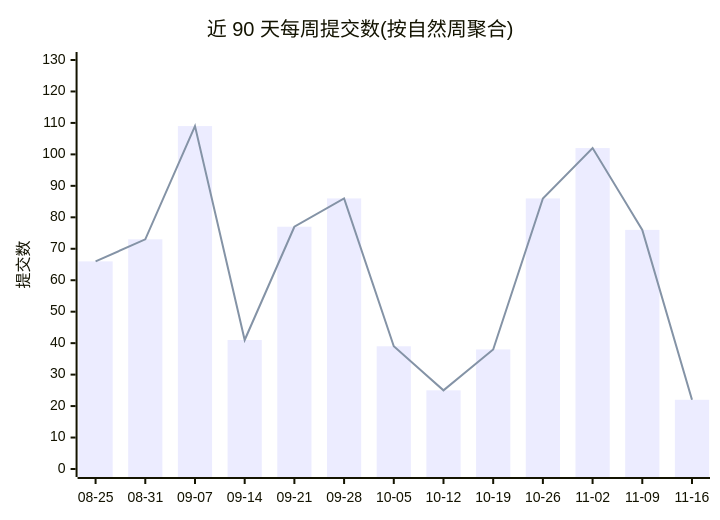
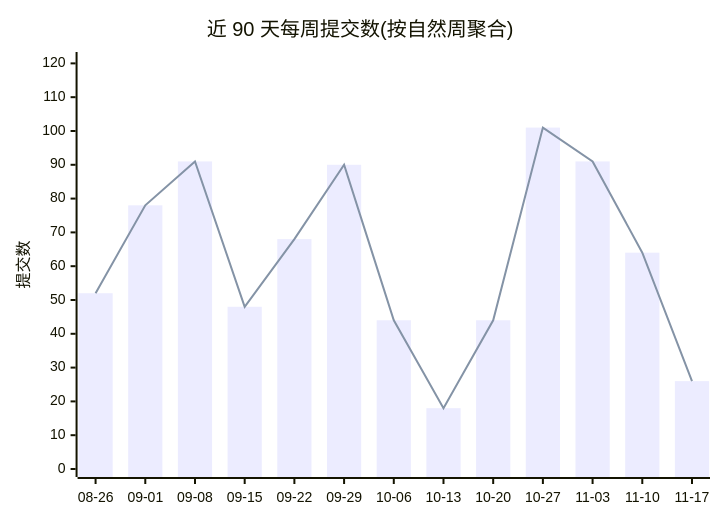
One commit to Conflux-Union/.github changed the first of 2 diagrams in profile/README.md. Above: the diagram before and after it, drawn with Mermaid. The commit also changed other lines of this file and 1 other file, not shown here.

````diff
--- a/profile/README.md
+++ b/profile/README.md
@@ -47,8 +47,8 @@
 ```mermaid
 xychart-beta
     title "近 90 天每周提交数(按自然周聚合)"
-    x-axis ["08-25", "08-31", "09-07", "09-14", "09-21", "09-28", "10-05", "10-12", "10-19", "10-26", "11-02", "11-09", "11-16"]
-    y-axis "提交数" 0 --> 130
-    bar [66, 73, 109, 41, 77, 86, 39, 25, 38, 86, 102, 76, 22]
-    line [66, 73, 109, 41, 77, 86, 39, 25, 38, 86, 102, 76, 22]
+    x-axis ["08-26", "09-01", "09-08", "09-15", "09-22", "09-29", "10-06", "10-13", "10-20", "10-27", "11-03", "11-10", "11-17"]
+    y-axis "提交数" 0 --> 121
+    bar [52, 78, 91, 48, 68, 90, 44, 18, 44, 101, 91, 64, 26]
+    line [52, 78, 91, 48, 68, 90, 44, 18, 44, 101, 91, 64, 26]
 ```
````
